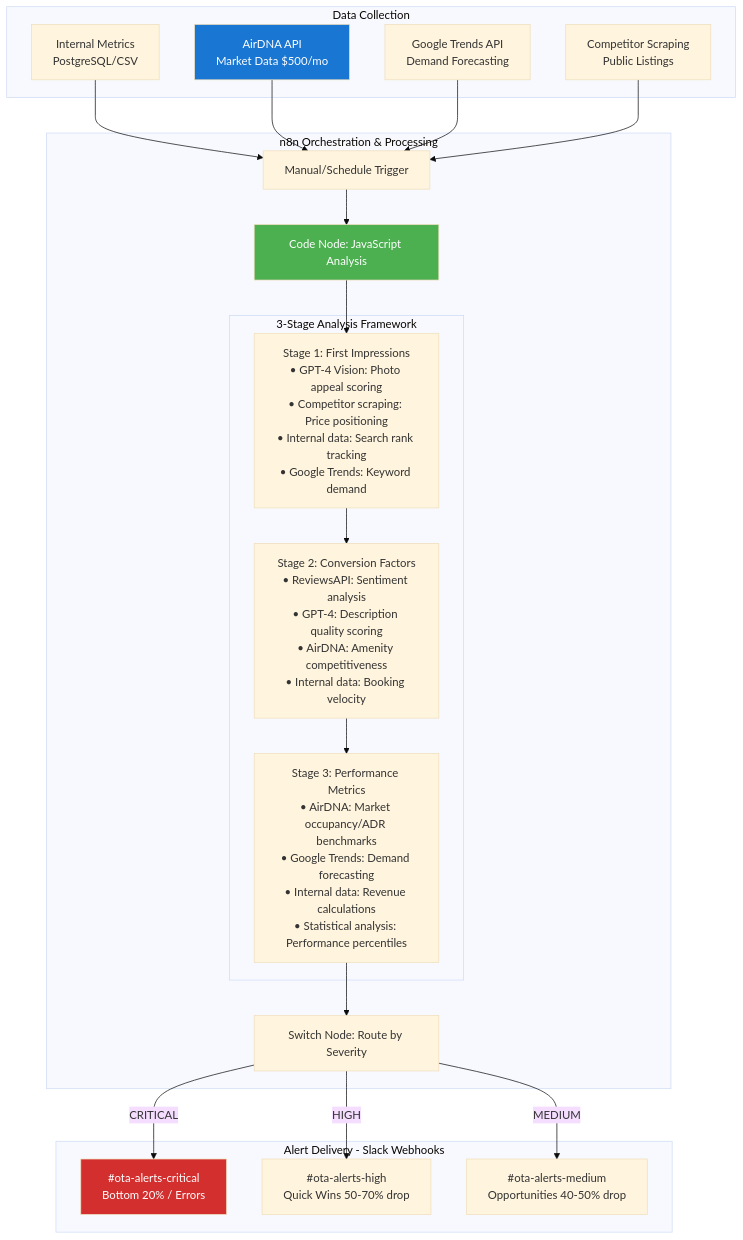
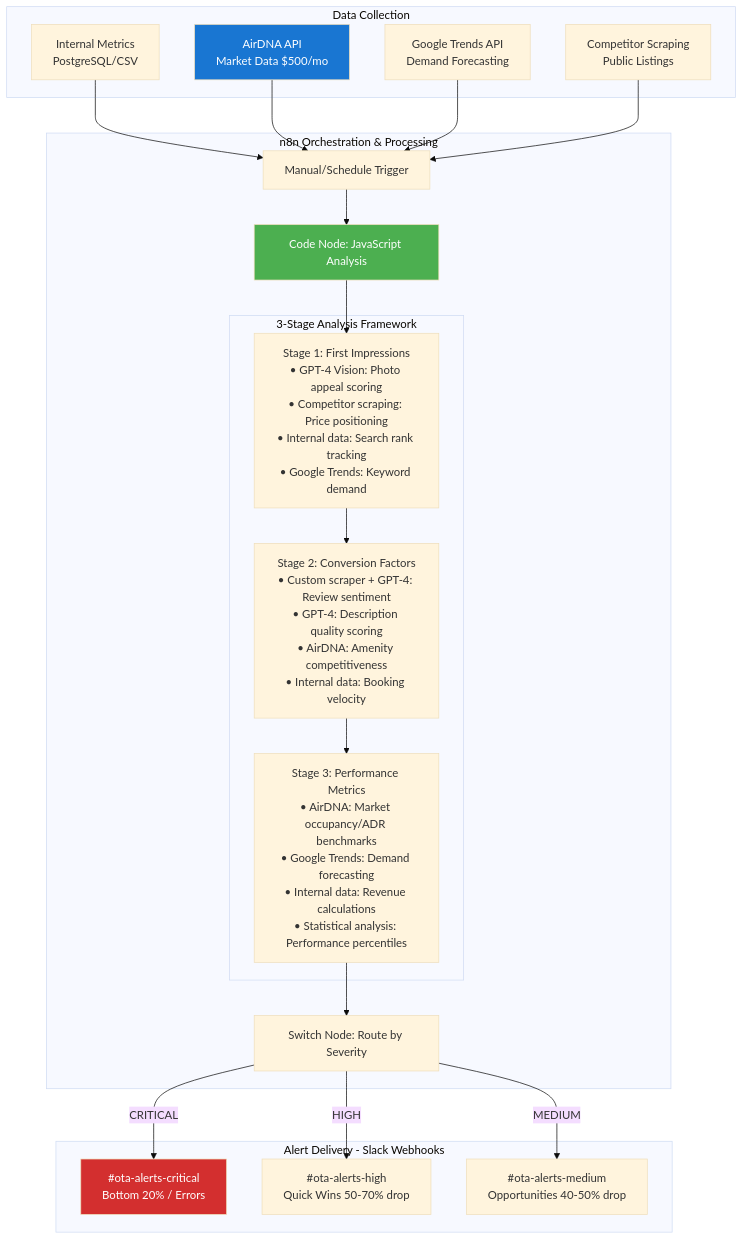
One commit to hectorligsay/kasa_takehome changed the diagram in deliverables/architecture.md. Above: the diagram before and after it, drawn with Mermaid (base theme). The commit also changed 1 other file, not shown here.

Commit message:
Updated memo and architecture.

````diff
--- a/deliverables/architecture.md
+++ b/deliverables/architecture.md
@@ -5,47 +5,47 @@
 ```mermaid
 graph TB
     subgraph "Data Collection"
         INTERNAL[Internal Metrics<br/>PostgreSQL/CSV]
         AIRDNA[AirDNA API<br/>Market Data $500/mo]
         GOOGLE[Google Trends API<br/>Demand Forecasting]
         COMPETITOR[Competitor Scraping<br/>Public Listings]
     end
 
     subgraph "n8n Orchestration & Processing"
         TRIGGER[Manual/Schedule Trigger]
         CODE[Code Node: JavaScript Analysis]
         
         subgraph "3-Stage Analysis Framework"
             S1["Stage 1: First Impressions<br/>• GPT-4 Vision: Photo appeal scoring<br/>• Competitor scraping: Price positioning<br/>• Internal data: Search rank tracking<br/>• Google Trends: Keyword demand"]
-            S2["Stage 2: Conversion Factors<br/>• ReviewsAPI: Sentiment analysis<br/>• GPT-4: Description quality scoring<br/>• AirDNA: Amenity competitiveness<br/>• Internal data: Booking velocity"]
+            S2["Stage 2: Conversion Factors<br/>• Custom scraper + GPT-4: Review sentiment<br/>• GPT-4: Description quality scoring<br/>• AirDNA: Amenity competitiveness<br/>• Internal data: Booking velocity"]
             S3["Stage 3: Performance Metrics<br/>• AirDNA: Market occupancy/ADR benchmarks<br/>• Google Trends: Demand forecasting<br/>• Internal data: Revenue calculations<br/>• Statistical analysis: Performance percentiles"]
         end
         
         SWITCH[Switch Node: Route by Severity]
     end
 
     subgraph "Alert Delivery - Slack Webhooks"
         CRITICAL["#ota-alerts-critical<br/>Bottom 20% / Errors"]
         HIGH["#ota-alerts-high<br/>Quick Wins 50-70% drop"]
         MEDIUM["#ota-alerts-medium<br/>Opportunities 40-50% drop"]
     end
 
     INTERNAL --> TRIGGER
     AIRDNA --> TRIGGER
     GOOGLE --> TRIGGER
     COMPETITOR --> TRIGGER
     
     TRIGGER --> CODE
     CODE --> S1
     S1 --> S2
     S2 --> S3
     S3 --> SWITCH
     
     SWITCH -->|CRITICAL| CRITICAL
     SWITCH -->|HIGH| HIGH
     SWITCH -->|MEDIUM| MEDIUM
 
     style AIRDNA fill:#1976d2,color:#fff
     style CODE fill:#4CAF50,color:#fff
     style CRITICAL fill:#d32f2f,color:#fff
 ```
````
